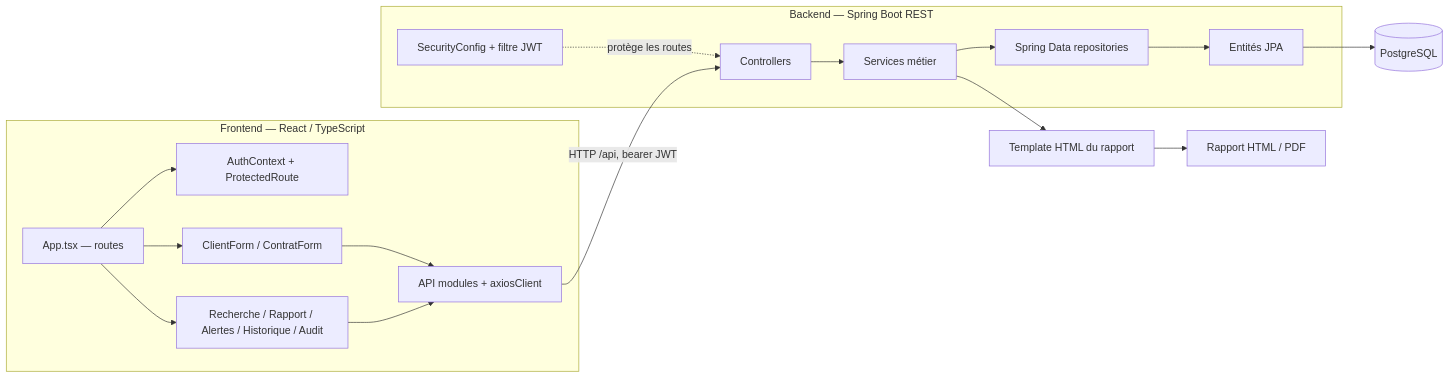
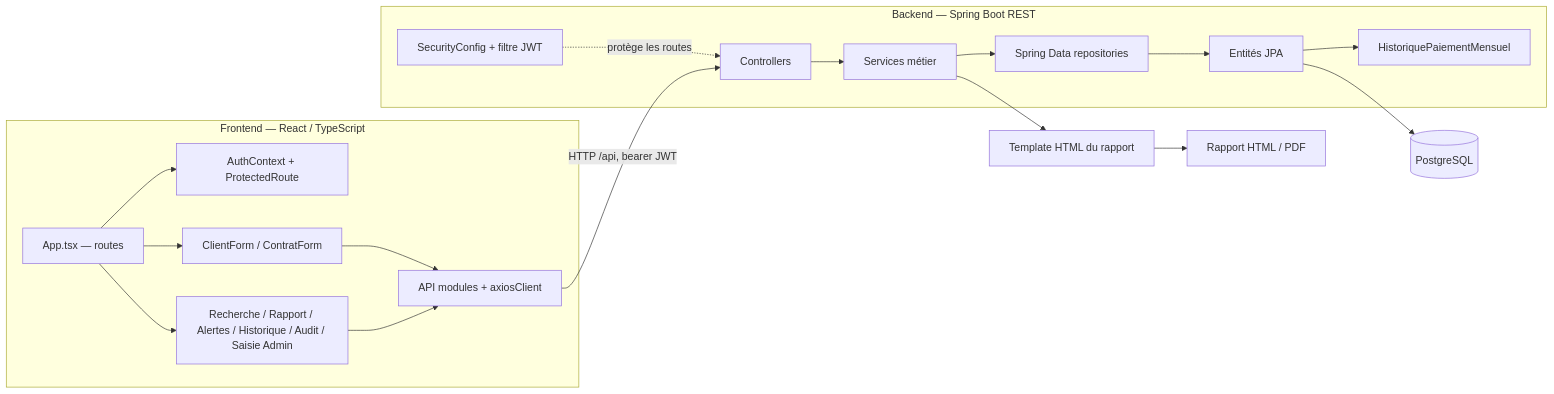
One commit to Tiavina-Ambinintsoa/Cecam-bic changed the diagram in docs/CODE_GRAPH.md. Above: the diagram before and after it, drawn with Mermaid. The commit also changed other lines of this file and 65 other files, not shown here.

````diff
--- a/docs/CODE_GRAPH.md
+++ b/docs/CODE_GRAPH.md
@@ -7,32 +7,34 @@
 ```mermaid
 flowchart LR
   subgraph UI[Frontend — React / TypeScript]
     App[App.tsx — routes]
     Auth[AuthContext + ProtectedRoute]
     Forms[ClientForm / ContratForm]
-    Pages[Recherche / Rapport / Alertes / Historique / Audit]
+    Pages[Recherche / Rapport / Alertes / Historique / Audit / Saisie Admin]
     Api[API modules + axiosClient]
     App --> Auth
     App --> Forms
     App --> Pages
     Forms --> Api
     Pages --> Api
   end
 
   subgraph API[Backend — Spring Boot REST]
     Controllers[Controllers]
     Services[Services métier]
     Repositories[Spring Data repositories]
     Entities[Entités JPA]
+    Monthly[HistoriquePaiementMensuel]
     Security[SecurityConfig + filtre JWT]
     Controllers --> Services
     Services --> Repositories
     Repositories --> Entities
+    Entities --> Monthly
     Security -. protège les routes .-> Controllers
   end
 
   Api -->|HTTP /api, bearer JWT| Controllers
   Entities --> DB[(PostgreSQL)]
   Services --> Template[Template HTML du rapport]
   Template --> PDF[Rapport HTML / PDF]
 ```
````
